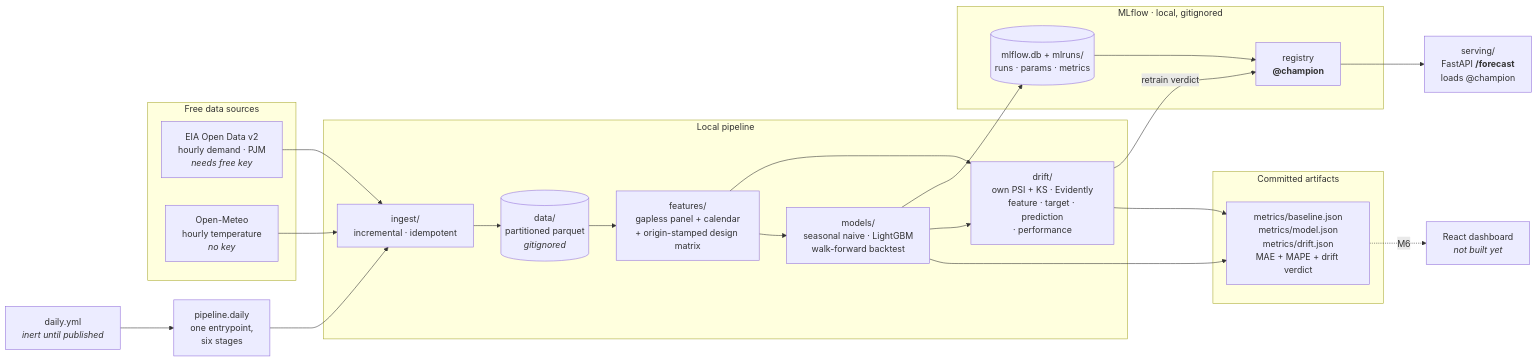
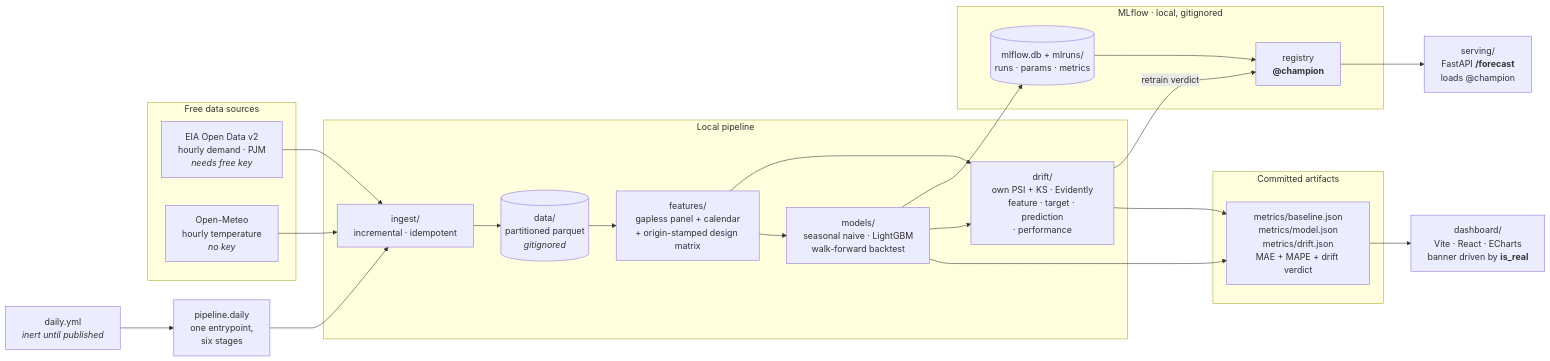
The diagram in README.md (rmonteiro-pereira/energy-forecast-drift), drawn with Mermaid before and after one commit. The commit also changed other lines of this file and 32 other files, not shown here.

````diff
--- a/README.md
+++ b/README.md
@@ -39,37 +41,37 @@
 ```mermaid
 flowchart LR
     subgraph sources["Free data sources"]
         EIA["EIA Open Data v2<br/>hourly demand · PJM<br/><i>needs free key</i>"]
         OM["Open-Meteo<br/>hourly temperature<br/><i>no key</i>"]
     end
 
     subgraph pipeline["Local pipeline"]
         ING["ingest/<br/>incremental · idempotent"]
         LAKE[("data/<br/>partitioned parquet<br/><i>gitignored</i>")]
         FEAT["features/<br/>gapless panel + calendar<br/>+ origin-stamped design matrix"]
         MODEL["models/<br/>seasonal naive · LightGBM<br/>walk-forward backtest"]
         DRIFT["drift/<br/>own PSI + KS · Evidently<br/>feature · target · prediction<br/>· performance"]
     end
 
     subgraph mlops["MLflow · local, gitignored"]
         TRACK[("mlflow.db + mlruns/<br/>runs · params · metrics")]
         REG["registry<br/><b>@champion</b>"]
     end
 
     subgraph published["Committed artifacts"]
         METRICS["metrics/baseline.json<br/>metrics/model.json<br/>metrics/drift.json<br/>MAE + MAPE + drift verdict"]
     end
 
     EIA --> ING
     OM --> ING
     ING --> LAKE --> FEAT --> MODEL --> METRICS
     FEAT --> DRIFT --> METRICS
     MODEL --> DRIFT
     MODEL --> TRACK --> REG
     DRIFT -->|"retrain verdict"| REG
     REG --> SERVE["serving/<br/>FastAPI <b>/forecast</b><br/>loads @champion"]
 
     CRON["daily.yml<br/><i>inert until published</i>"] --> PIPE["pipeline.daily<br/>one entrypoint,<br/>six stages"]
     PIPE --> ING
-    METRICS -.->|"M6"| DASH["React dashboard<br/><i>not built yet</i>"]
+    METRICS --> DASH["dashboard/<br/>Vite · React · ECharts<br/>banner driven by <b>is_real</b>"]
 ```
````
